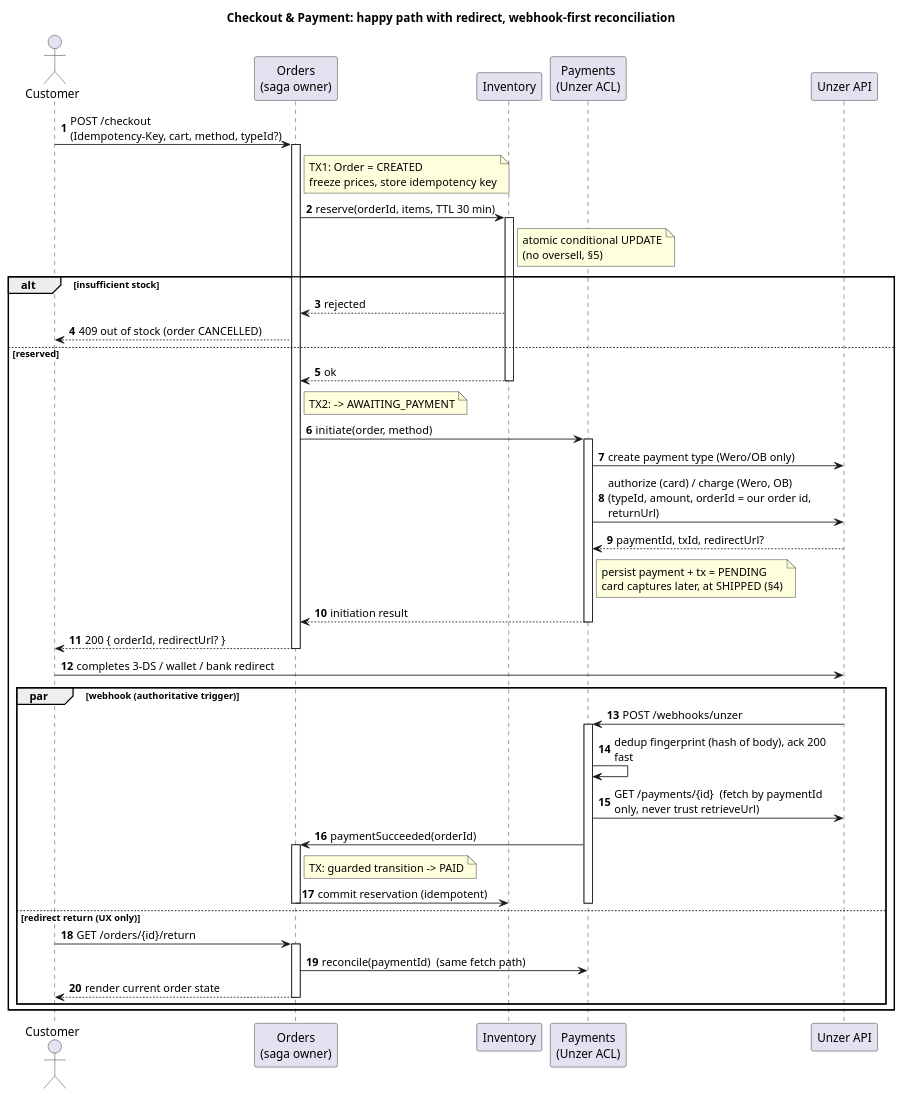
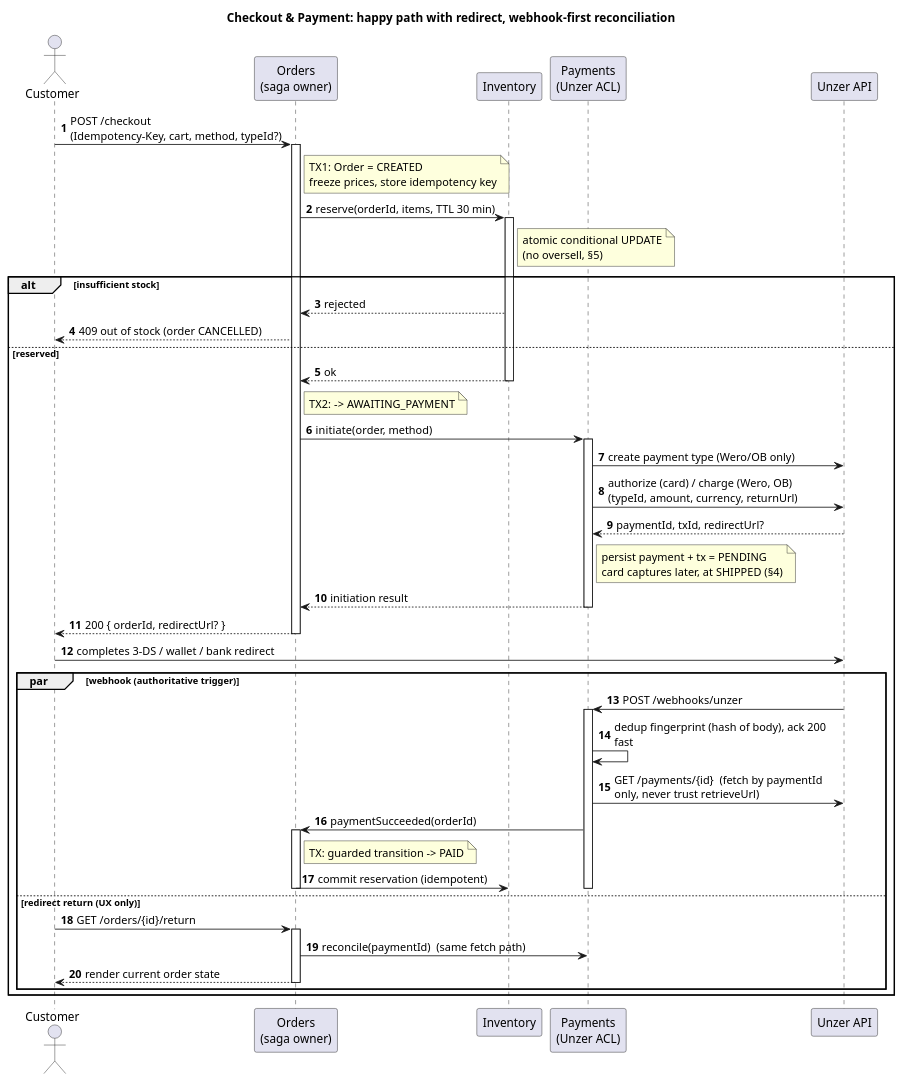
The fifth of 6 diagrams in docs/architecture.md (minhaj1997/unzer-shop-slice), drawn with PlantUML before and after one commit. The commit also changed other lines of this file, not shown here.

Commit message:
Fix architecture.md idempotency claims to match implementation

````diff
--- a/docs/architecture.md
+++ b/docs/architecture.md
@@ -178,64 +178,64 @@
 ```plantuml
 @startuml checkout
 title Checkout & Payment: happy path with redirect, webhook-first reconciliation
 
 skinparam sequenceMessageAlign left
 skinparam maxMessageSize 260
 autonumber
 
 actor Customer as C
 participant "Orders\n(saga owner)" as O
 participant "Inventory" as I
 participant "Payments\n(Unzer ACL)" as P
 participant "Unzer API" as U
 
 C -> O : POST /checkout\n(Idempotency-Key, cart, method, typeId?)
 activate O
 note right of O : TX1: Order = CREATED\nfreeze prices, store idempotency key
 
 O -> I : reserve(orderId, items, TTL 30 min)
 activate I
 note right of I : atomic conditional UPDATE\n(no oversell, §5)
 
 alt insufficient stock
     I --> O : rejected
     O --> C : 409 out of stock (order CANCELLED)
 else reserved
     I --> O : ok
     deactivate I
     note right of O : TX2: -> AWAITING_PAYMENT
 
     O -> P : initiate(order, method)
     activate P
     P -> U : create payment type (Wero/OB only)
-    P -> U : authorize (card) / charge (Wero, OB)\n(typeId, amount, orderId = our order id, returnUrl)
+    P -> U : authorize (card) / charge (Wero, OB)\n(typeId, amount, currency, returnUrl)
     U --> P : paymentId, txId, redirectUrl?
     note right of P : persist payment + tx = PENDING\ncard captures later, at SHIPPED (§4)
     P --> O : initiation result
     deactivate P
     O --> C : 200 { orderId, redirectUrl? }
     deactivate O
 
     C -> U : completes 3-DS / wallet / bank redirect
 
     par webhook (authoritative trigger)
         U -> P : POST /webhooks/unzer
         activate P
         P -> P : dedup fingerprint (hash of body), ack 200 fast
         P -> U : GET /payments/{id}  (fetch by paymentId only, never trust retrieveUrl)
         P -> O : paymentSucceeded(orderId)
         activate O
         note right of O : TX: guarded transition -> PAID
         O -> I : commit reservation (idempotent)
         deactivate O
         deactivate P
     else redirect return (UX only)
         C -> O : GET /orders/{id}/return
         activate O
         O -> P : reconcile(paymentId)  (same fetch path)
         O --> C : render current order state
         deactivate O
     end
 end
 @enduml
 ```
````
